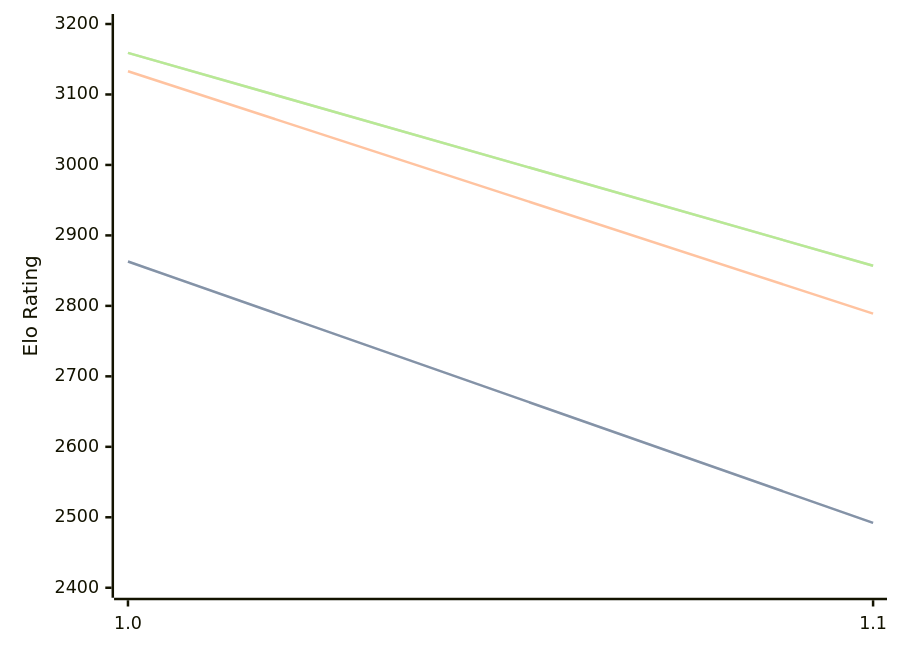
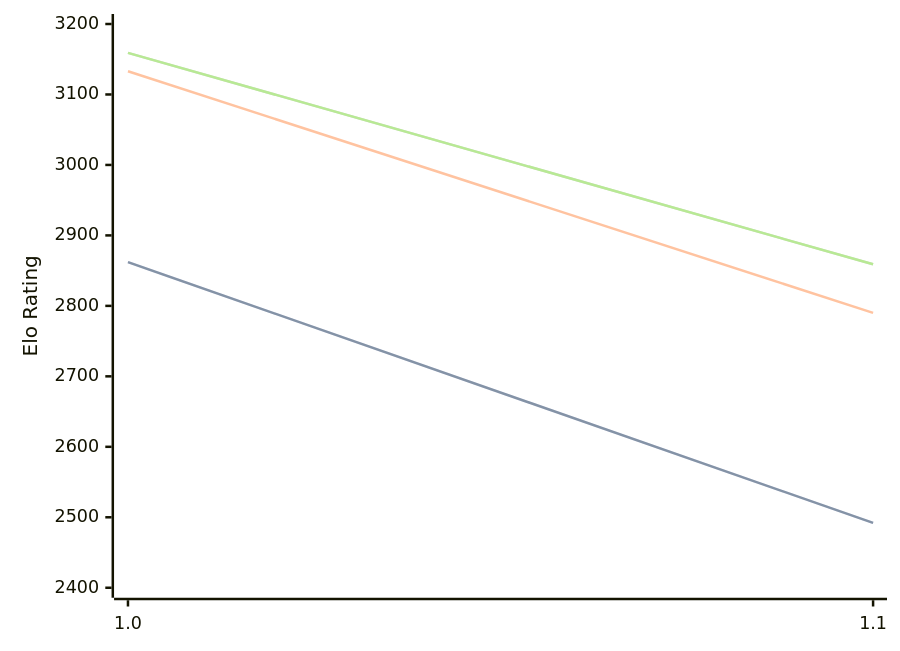
One commit to computer-chess-index/cci changed the diagram in engines/Publius.md. Above: the diagram before and after it, drawn with Mermaid. The commit also changed other lines of this file, not shown here.

Commit message:
Update CCI Ratings (ELO VLTC) - 2026-03-24

````diff
--- a/engines/Publius.md
+++ b/engines/Publius.md
@@ -32,11 +32,11 @@
 ```mermaid
 %%{init: {"theme":"base","themeVariables":{"seriesColors:['#a3a3a3','#222221','#faa371']}}}%%
 xychart-beta
   x-axis ["1.0", "1.1"]
   y-axis "Elo Rating" 2400 --> 3200
-  line "STC (8.0+0.08s)" [2863, 2492]
-  line "STC (8.0+0.08s)" [2863, 2492]
-  line "LTC (60.0+0.60s)" [3133, 2789]
-  line "VLTC (2m24s+1.12s)" [3159, 2857]
-  line "VLTC (2m24s+1.12s)" [3159, 2857]
+  line "STC (8.0+0.08s)" [2862, 2492]
+  line "STC (8.0+0.08s)" [2862, 2492]
+  line "LTC (60.0+0.60s)" [3133, 2790]
+  line "VLTC (2m24s+1.12s)" [3159, 2859]
+  line "VLTC (2m24s+1.12s)" [3159, 2859]
 ```
````
